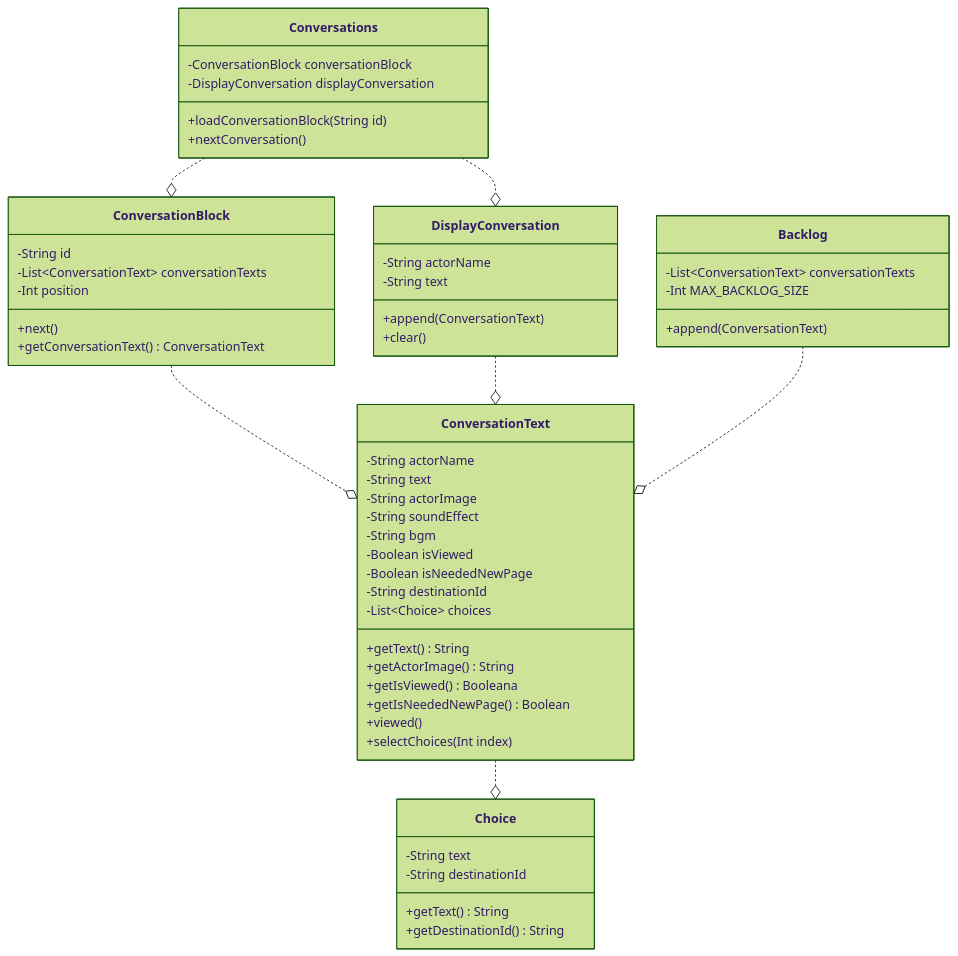
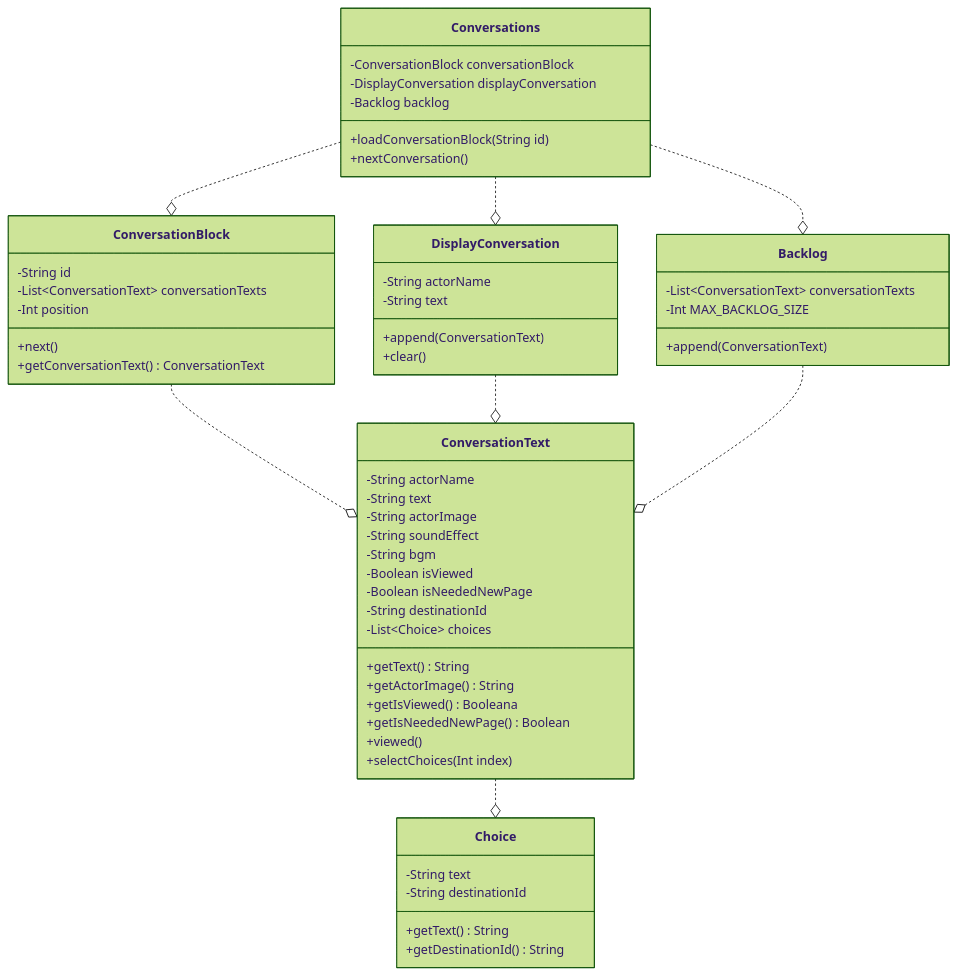
Before and after one commit to jiro4989/godot_practice: the diagram in src/s009_backlog/README.md, drawn with Mermaid (forest theme).

Commit message:
fix: backlogへの集合を追記

````diff
--- a/src/s009_backlog/README.md
+++ b/src/s009_backlog/README.md
@@ -5,57 +5,59 @@
 ```mermaid
 classDiagram
     class ConversationText {
         -String actorName
         -String text
         -String actorImage
         -String soundEffect
         -String bgm
         -Boolean isViewed
         -Boolean isNeededNewPage
         -String destinationId
         -List~Choice~ choices
         +getText() String
         +getActorImage() String
         +getIsViewed() Booleana
         +getIsNeededNewPage() Boolean
         +viewed()
         +selectChoices(Int index)
     }
     class ConversationBlock {
         -String id
         -List~ConversationText~ conversationTexts
         -Int position
         +next()
         +getConversationText() ConversationText
     }
     class Conversations {
         -ConversationBlock conversationBlock
         -DisplayConversation displayConversation
+        -Backlog backlog
         +loadConversationBlock(String id)
         +nextConversation()
     }
     class DisplayConversation {
         -String actorName
         -String text
         +append(ConversationText)
         +clear()
     }
     class Choice {
         -String text
         -String destinationId
         +getText() String
         +getDestinationId() String
     }
     class Backlog {
         -List~ConversationText~ conversationTexts
         -Int MAX_BACKLOG_SIZE
         +append(ConversationText)
     }
 
     Conversations ..o ConversationBlock
     Conversations ..o DisplayConversation
+    Conversations ..o Backlog
     ConversationBlock ..o ConversationText
     ConversationText ..o Choice
     DisplayConversation ..o ConversationText
     Backlog ..o ConversationText
 ```
````
